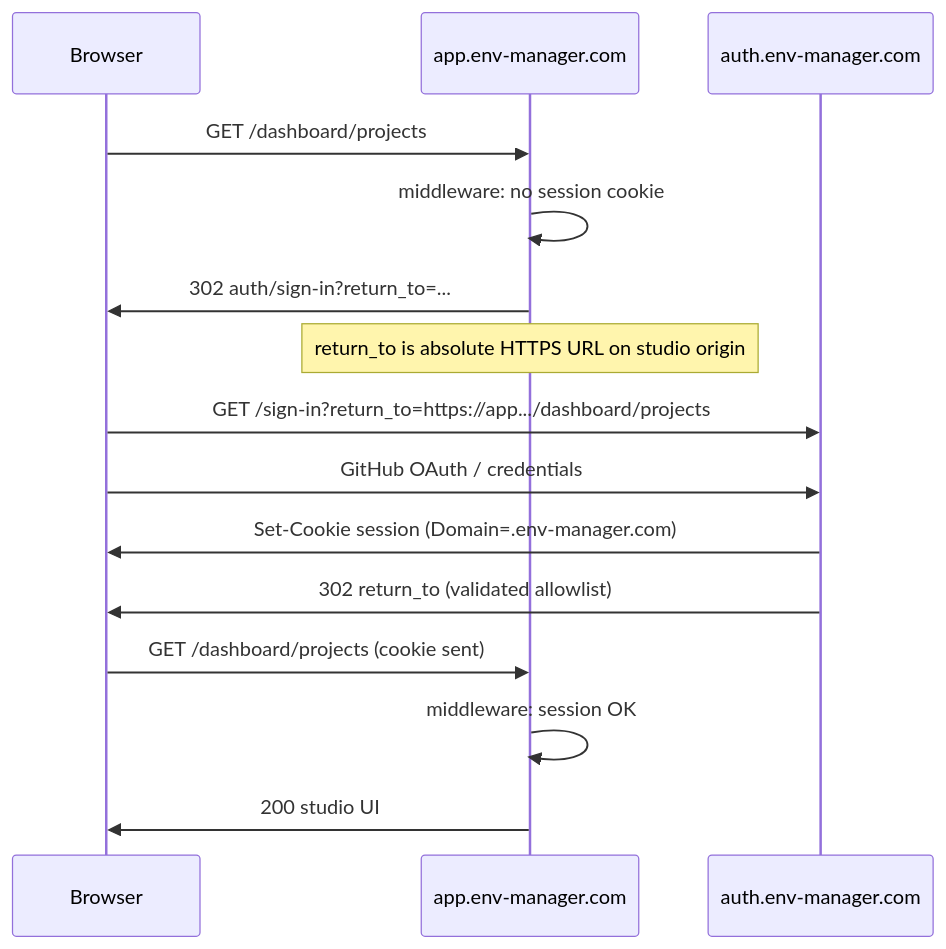
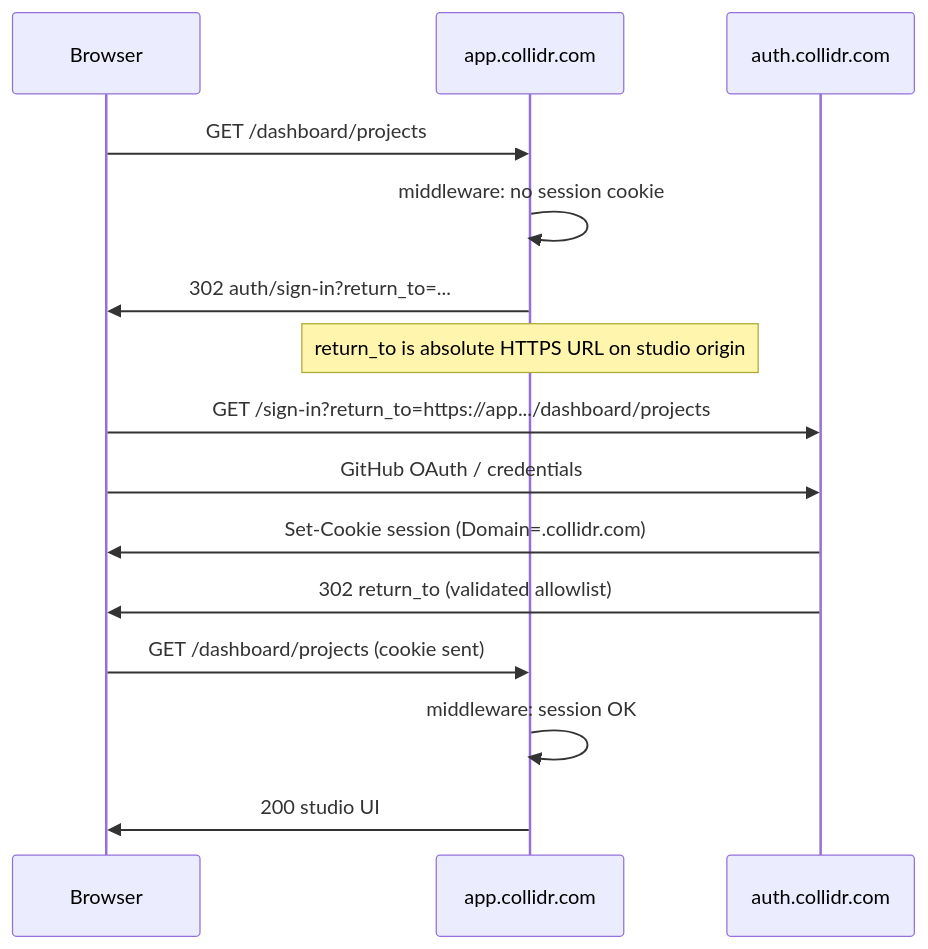
The second of 3 diagrams in docs/PLAN_PLATFORM_APPS.md (jayantrohila57/collidr), drawn with Mermaid before and after one commit. The commit also changed other lines of this file and 564 other files, not shown here.

First line of the commit message:
Rebrand monorepo from env-manager to Collidr

````diff
--- a/docs/PLAN_PLATFORM_APPS.md
+++ b/docs/PLAN_PLATFORM_APPS.md
@@ -255,18 +255,18 @@
 ```mermaid
 sequenceDiagram
   participant B as Browser
-  participant S as app.env-manager.com
-  participant A as auth.env-manager.com
+  participant S as app.collidr.com
+  participant A as auth.collidr.com
 
   B->>S: GET /dashboard/projects
   S->>S: middleware: no session cookie
   S->>B: 302 auth/sign-in?return_to=...
   Note over S: return_to is absolute HTTPS URL on studio origin
   B->>A: GET /sign-in?return_to=https://app.../dashboard/projects
   B->>A: GitHub OAuth / credentials
-  A->>B: Set-Cookie session (Domain=.env-manager.com)
+  A->>B: Set-Cookie session (Domain=.collidr.com)
   A->>B: 302 return_to (validated allowlist)
   B->>S: GET /dashboard/projects (cookie sent)
   S->>S: middleware: session OK
   S->>B: 200 studio UI
 ```
````
